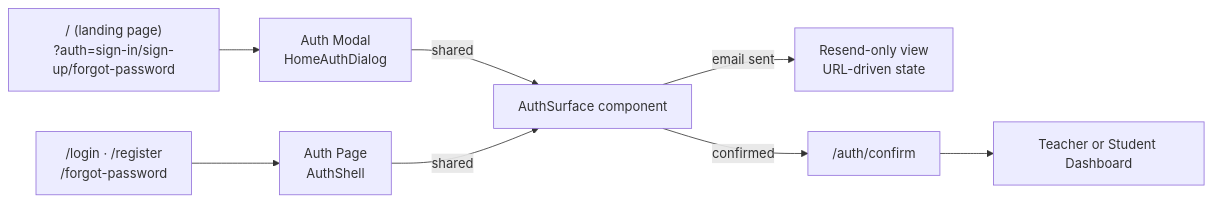
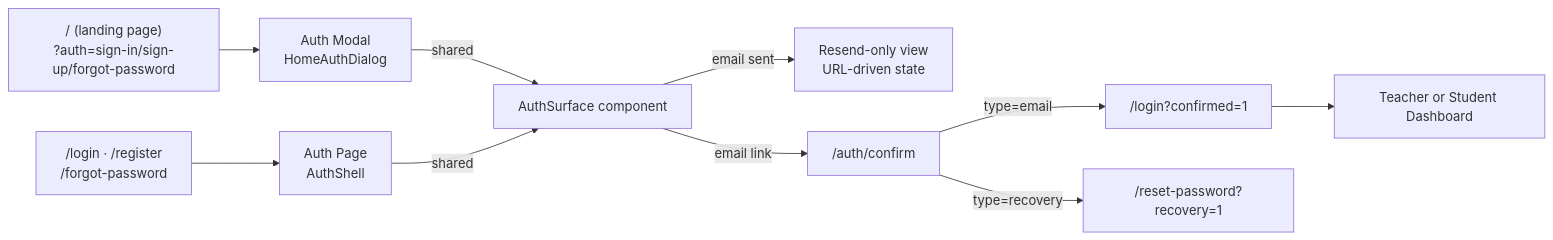
One commit to HaochenFa/AI-Learning-Platform-for-STEM changed the fifth of 12 diagrams in ARCHITECTURE.md. Above: the diagram before and after it, drawn with Mermaid. The commit also changed other lines of this file and 7 other files, not shown here.

````diff
--- a/ARCHITECTURE.md
+++ b/ARCHITECTURE.md
@@ -175,12 +179,14 @@
 ```mermaid
 flowchart LR
     LP["/ (landing page)\n?auth=sign-in/sign-up/forgot-password"] --> Modal[Auth Modal\nHomeAuthDialog]
     FallbackRoutes["/login · /register\n/forgot-password"] --> AuthPage[Auth Page\nAuthShell]
 
     Modal --> |shared| AS[AuthSurface component]
     AuthPage --> |shared| AS
 
     AS --> |email sent| Resend[Resend-only view\nURL-driven state]
-    AS --> |confirmed| Callback["/auth/confirm"]
-    Callback --> Dashboard[Teacher or Student Dashboard]
+    AS --> |email link| Callback["/auth/confirm"]
+    Callback --> |type=email| Login["/login?confirmed=1"]
+    Callback --> |type=recovery| Reset["/reset-password?recovery=1"]
+    Login --> Dashboard[Teacher or Student Dashboard]
 ```
````
